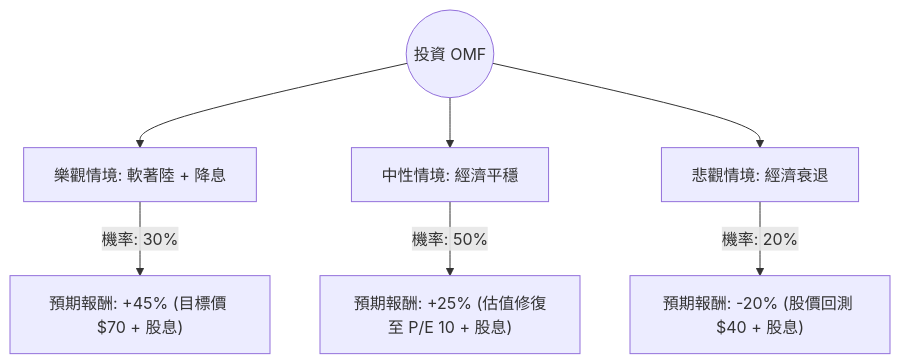
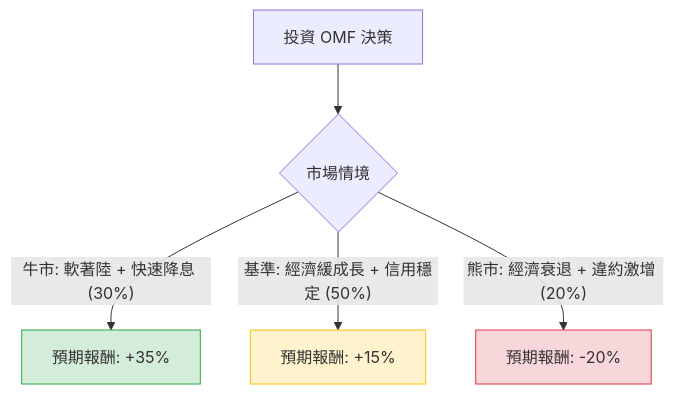
The diagram in plugin-react/ai-analysis/ev-analysis/OMF.md (zmcx16/zmcx16.github.io), drawn with Mermaid before and after one commit. The commit also changed other lines of this file and 87 other files, not shown here.

````diff
--- a/plugin-react/ai-analysis/ev-analysis/OMF.md
+++ b/plugin-react/ai-analysis/ev-analysis/OMF.md
@@ -21,10 +19,12 @@
 ```mermaid
 graph TD
-    Start((投資 OMF)) --> Bull[樂觀情境: 軟著陸 + 降息]
-    Start --> Base[中性情境: 經濟平穩]
-    Start --> Bear[悲觀情境: 經濟衰退]
+    A[投資 OMF 決策] --> B{市場情境}
+    
+    B -- 牛市: 軟著陸 + 快速降息 (30%) --> C[預期報酬: +35%]
+    B -- 基準: 經濟緩成長 + 信用穩定 (50%) --> D[預期報酬: +15%]
+    B -- 熊市: 經濟衰退 + 違約激增 (20%) --> E[預期報酬: -20%]
 
-    Bull -- "機率: 30%" --> BullVal["預期報酬: +45% (目標價 $70 + 股息)"]
-    Base -- "機率: 50%" --> BaseVal["預期報酬: +25% (估值修復至 P/E 10 + 股息)"]
-    Bear -- "機率: 20%" --> BearVal["預期報酬: -20% (股價回測 $40 + 股息)"]
+    style C fill:#d4edda,stroke:#28a745
+    style D fill:#fff3cd,stroke:#ffc107
+    style E fill:#f8d7da,stroke:#dc3545
 ```
````
